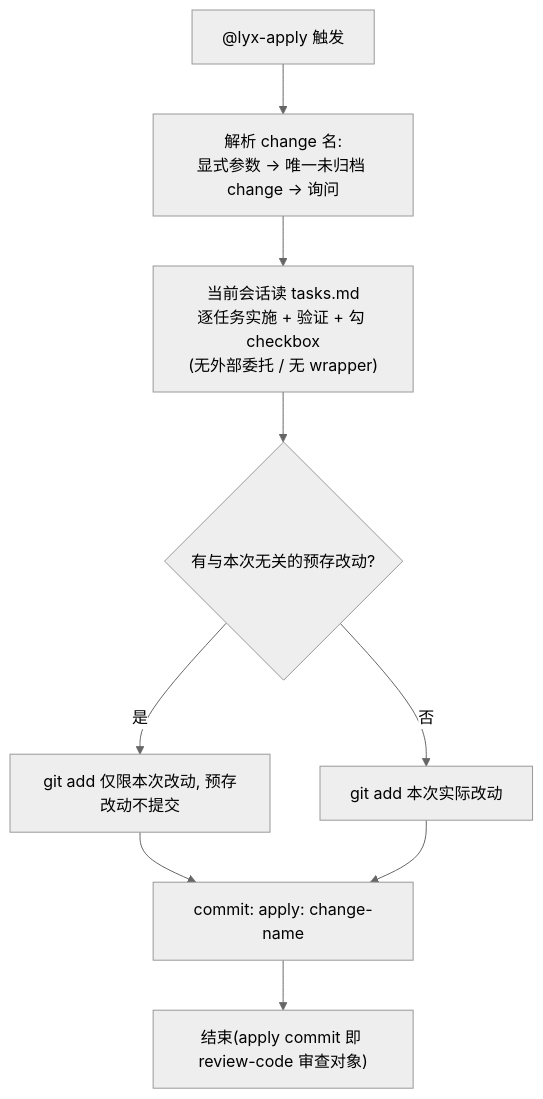
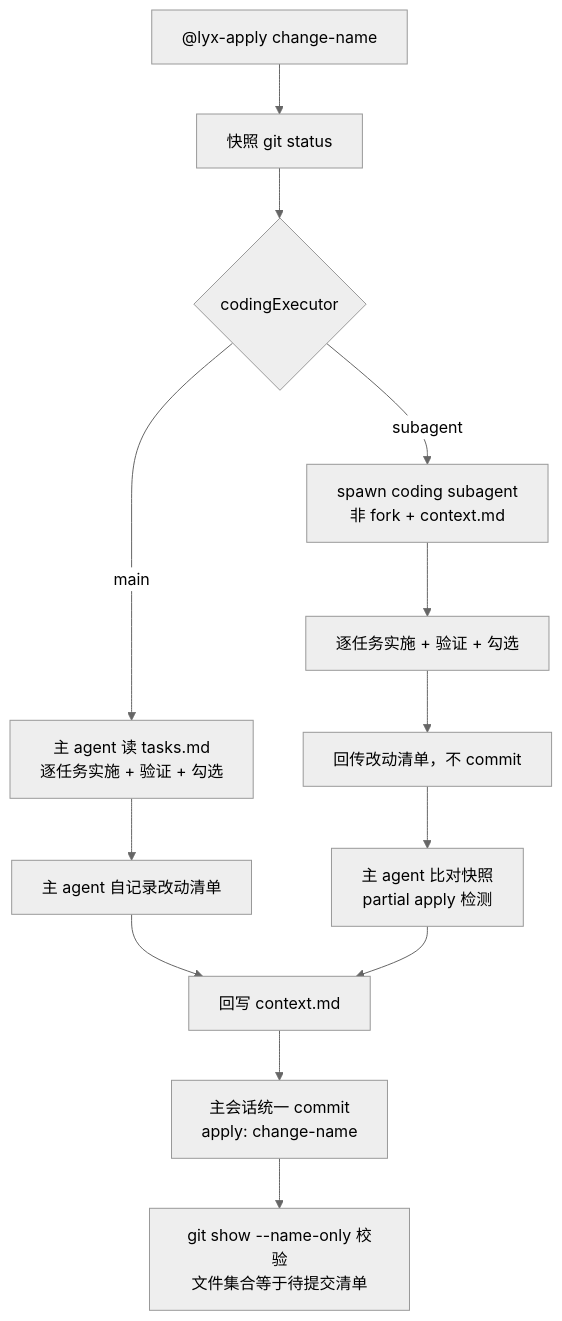
Before and after one commit to FE-runner/ly-workflow-codex: the fourth of 5 diagrams in workflow.md, drawn with Mermaid (neutral theme). The commit also changed other lines of this file, not shown here.

Commit message:
docs: workflow.md 更新为执行者可切换流程图

````diff
--- a/workflow.md
+++ b/workflow.md
@@ -53,11 +87,18 @@
 ```mermaid
 flowchart TD
-    Apply["@lyx-apply 触发"] --> Resolve["解析 change 名:<br/>显式参数 -> 唯一未归档 change -> 询问"]
-    Resolve --> SelfImpl["当前会话读 tasks.md<br/>逐任务实施 + 验证 + 勾 checkbox<br/>(无外部委托 / 无 wrapper)"]
-    SelfImpl --> PreCheck{"有与本次无关的预存改动?"}
-    PreCheck -->|是| PreNote["git add 仅限本次改动, 预存改动不提交"]
-    PreCheck -->|否| Normal["git add 本次实际改动"]
-    PreNote --> AppCommit["commit: apply: change-name"]
-    Normal --> AppCommit
-    AppCommit --> End["结束(apply commit 即 review-code 审查对象)"]
+    Start["@lyx-apply change-name"] --> Snap["快照 git status"]
+    Snap --> Dec{"codingExecutor"}
+
+    Dec -->|main| M1["主 agent 读 tasks.md<br/>逐任务实施 + 验证 + 勾选"]
+    M1 --> M2["主 agent 自记录改动清单"]
+    M2 --> M3["回写 context.md"]
+
+    Dec -->|subagent| S1["spawn coding subagent<br/>非 fork + context.md"]
+    S1 --> S2["逐任务实施 + 验证 + 勾选"]
+    S2 --> S3["回传改动清单，不 commit"]
+    S3 --> S4["主 agent 比对快照<br/>partial apply 检测"]
+    S4 --> M3
+
+    M3 --> Commit["主会话统一 commit<br/>apply: change-name"]
+    Commit --> Verify["git show --name-only 校验<br/>文件集合等于待提交清单"]
 ```
````
